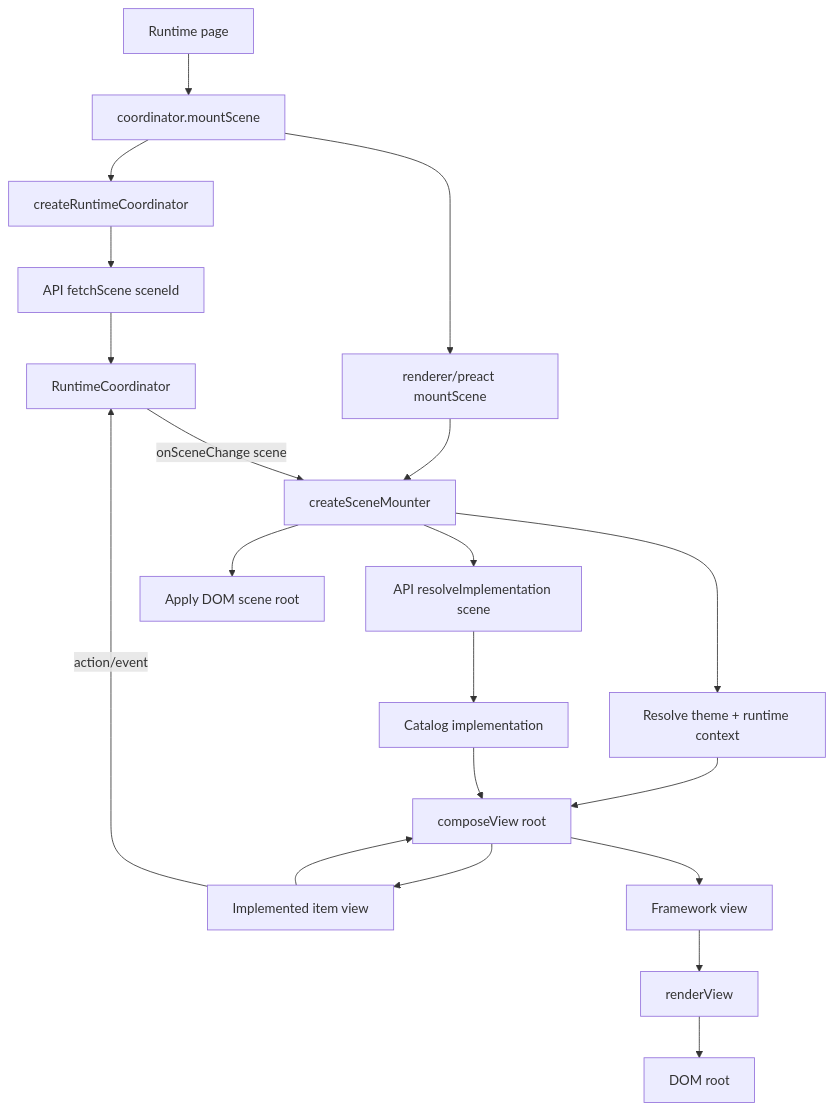
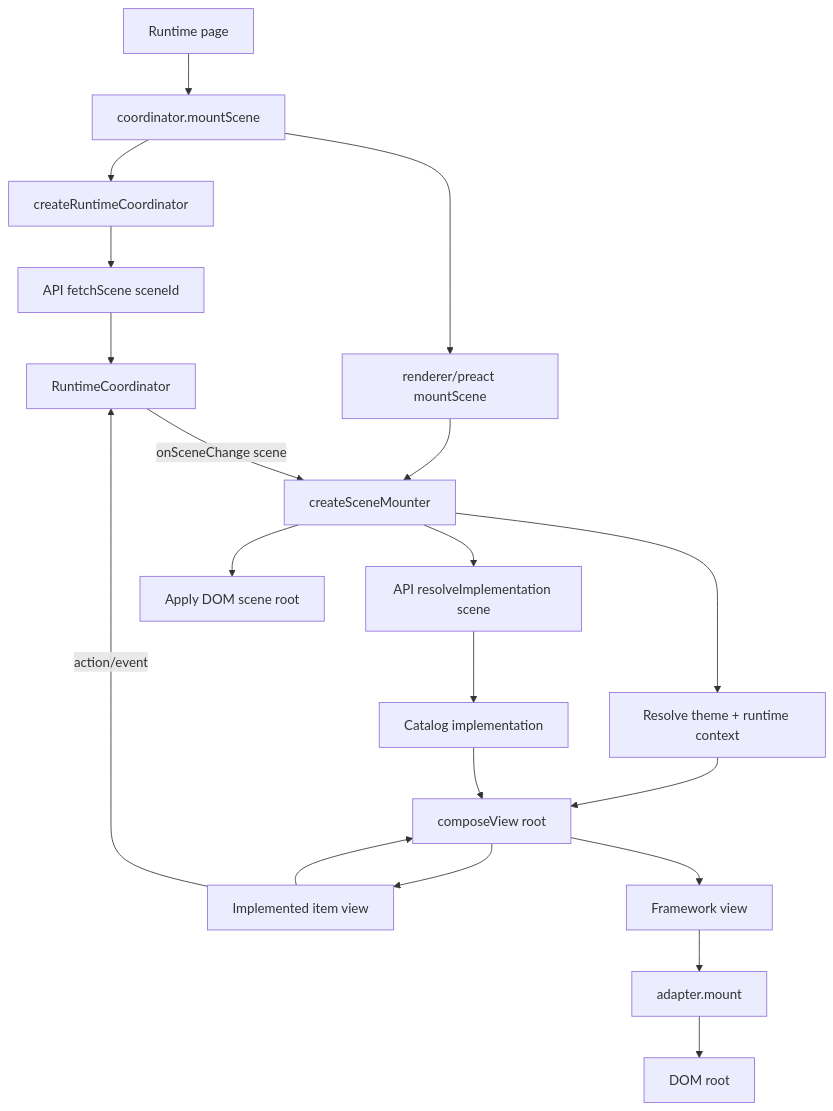
Before and after one commit to acolby/catalogspec: the first of 2 diagrams in experiments/web/renderers/README.md, drawn with Mermaid. The commit also changed other lines of this file and 9 other files, not shown here.

````diff
--- a/experiments/web/renderers/README.md
+++ b/experiments/web/renderers/README.md
@@ -138,25 +145,25 @@
 ```mermaid
 flowchart TD
   A[Runtime page] --> B[coordinator.mountScene]
   B --> C[createRuntimeCoordinator]
   C --> D[API fetchScene sceneId]
   D --> E[RuntimeCoordinator]
   B --> F[renderer/preact mountScene]
   F --> G[createSceneMounter]
 
   E -->|onSceneChange scene| G
   G --> H[API resolveImplementation scene]
   H --> I[Catalog implementation]
   G --> T[Resolve theme + runtime context]
   G --> R[Apply DOM scene root]
 
   T --> J[composeView root]
   I --> J
   J --> K[Implemented item view]
   K --> J
   J --> M[Framework view]
-  M --> N[renderView]
+  M --> N[adapter.mount]
   N --> O[DOM root]
 
   K -->|action/event| E
 ```
````
